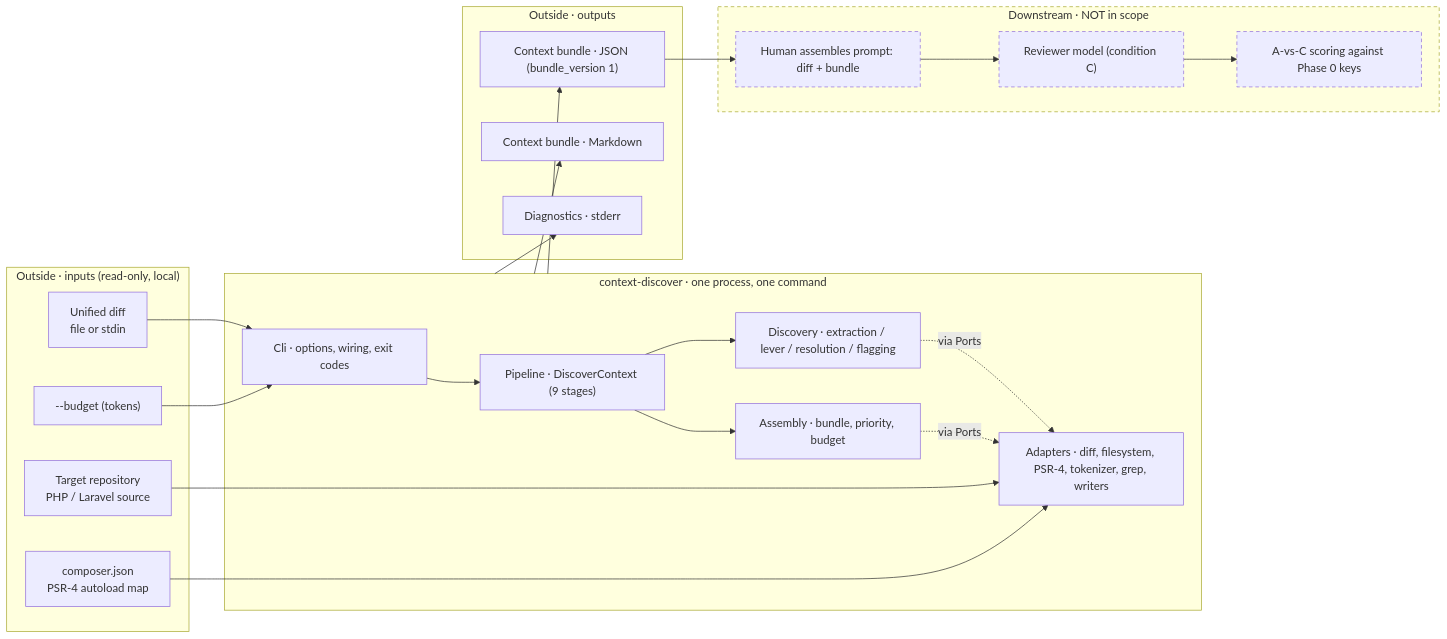
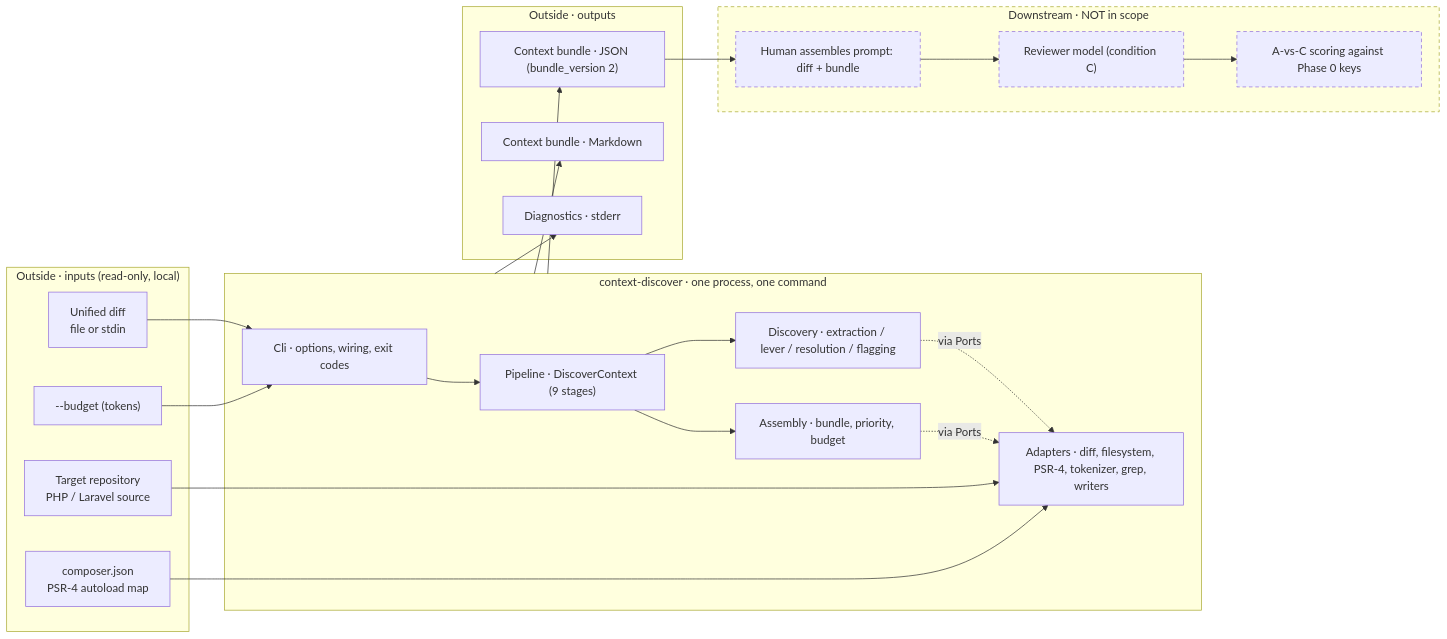
One commit to AliAlqrinawi/context-discovery-architecture changed the first of 4 diagrams in architecture/04-diagrams.md. Above: the diagram before and after it, drawn with Mermaid. The commit also changed 7 other files, not shown here.

````diff
--- a/architecture/04-diagrams.md
+++ b/architecture/04-diagrams.md
@@ -8,45 +8,45 @@
 ```mermaid
 flowchart LR
   subgraph OUT1["Outside · inputs (read-only, local)"]
     D["Unified diff<br/>file or stdin"]
     R["Target repository<br/>PHP / Laravel source"]
     CJ["composer.json<br/>PSR-4 autoload map"]
     B["--budget (tokens)"]
   end
 
   subgraph SYS["context-discover · one process, one command"]
     CLI["Cli · options, wiring, exit codes"]
     PIPE["Pipeline · DiscoverContext (9 stages)"]
     DISC["Discovery · extraction / lever / resolution / flagging"]
     ASM["Assembly · bundle, priority, budget"]
     AD["Adapters · diff, filesystem, PSR-4, tokenizer, grep, writers"]
     CLI --> PIPE --> DISC
     PIPE --> ASM
     DISC -. via Ports .-> AD
     ASM -. via Ports .-> AD
   end
 
   subgraph OUT2["Outside · outputs"]
-    JB["Context bundle · JSON (bundle_version 1)"]
+    JB["Context bundle · JSON (bundle_version 2)"]
     MB["Context bundle · Markdown"]
     DIAG["Diagnostics · stderr"]
   end
 
   subgraph DOWN["Downstream · NOT in scope"]
     HUM["Human assembles prompt: diff + bundle"]
     LLM["Reviewer model (condition C)"]
     SCORE["A-vs-C scoring against Phase 0 keys"]
   end
 
   D --> CLI
   R --> AD
   CJ --> AD
   B --> CLI
   SYS --> JB
   SYS --> MB
   SYS --> DIAG
   JB --> HUM --> LLM --> SCORE
 
   classDef excl stroke-dasharray: 5 4;
   class DOWN,HUM,LLM,SCORE excl;
 ```
````
